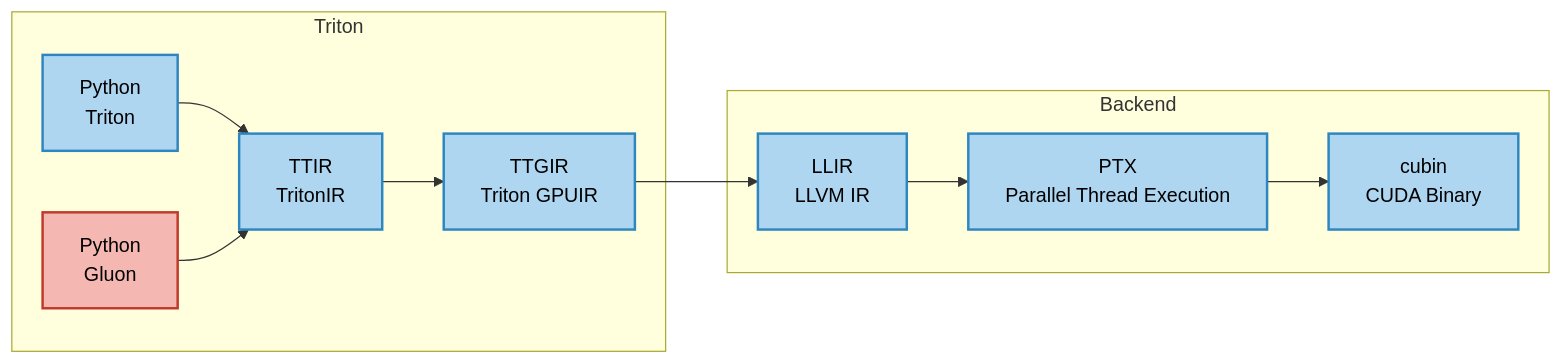
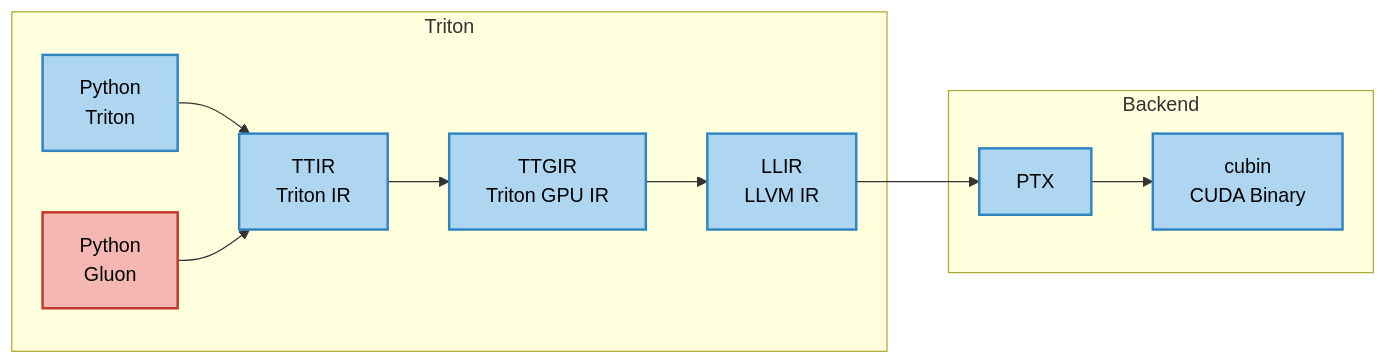
One commit to toyaix/triton-runner changed the diagram in README.md. Above: the diagram before and after it, drawn with Mermaid.

Commit message:
update flowchart

````diff
--- a/README.md
+++ b/README.md
@@ -52,18 +52,18 @@
 ```mermaid
 flowchart LR
 
     subgraph Triton
-        A["Python<br>Triton"]:::supported --> B["TTIR<br>TritonIR"]:::supported
+        A["Python<br>Triton"]:::supported --> B["TTIR<br>Triton IR"]:::supported
         Gluon["Python<br>Gluon"]:::unsupported --> B
-        B --> C["TTGIR<br>Triton GPUIR"]:::supported
+        B --> C["TTGIR<br>Triton GPU IR"]:::supported
+        C --> D["LLIR<br>LLVM IR"]:::supported
     end
 
     subgraph Backend
-        C --> D["LLIR<br>LLVM IR"]:::supported
-        D --> E["PTX<br>Parallel Thread Execution"]:::supported
+        D --> E["PTX"]:::supported
         E --> F["cubin<br>CUDA Binary"]:::supported
     end
 
     classDef supported fill:#AED6F1,stroke:#2E86C1,stroke-width:2px,color:#000000;
     classDef unsupported fill:#F5B7B1,stroke:#C0392B,stroke-width:2px,color:#000000;
 ```
````
